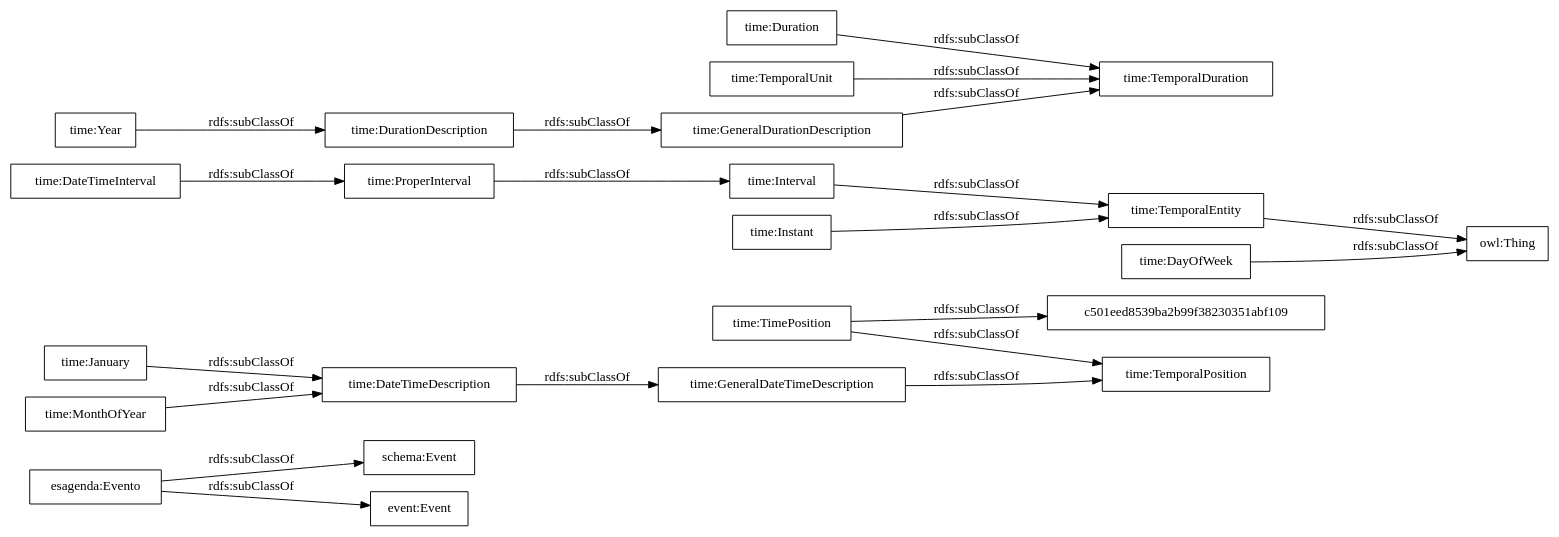
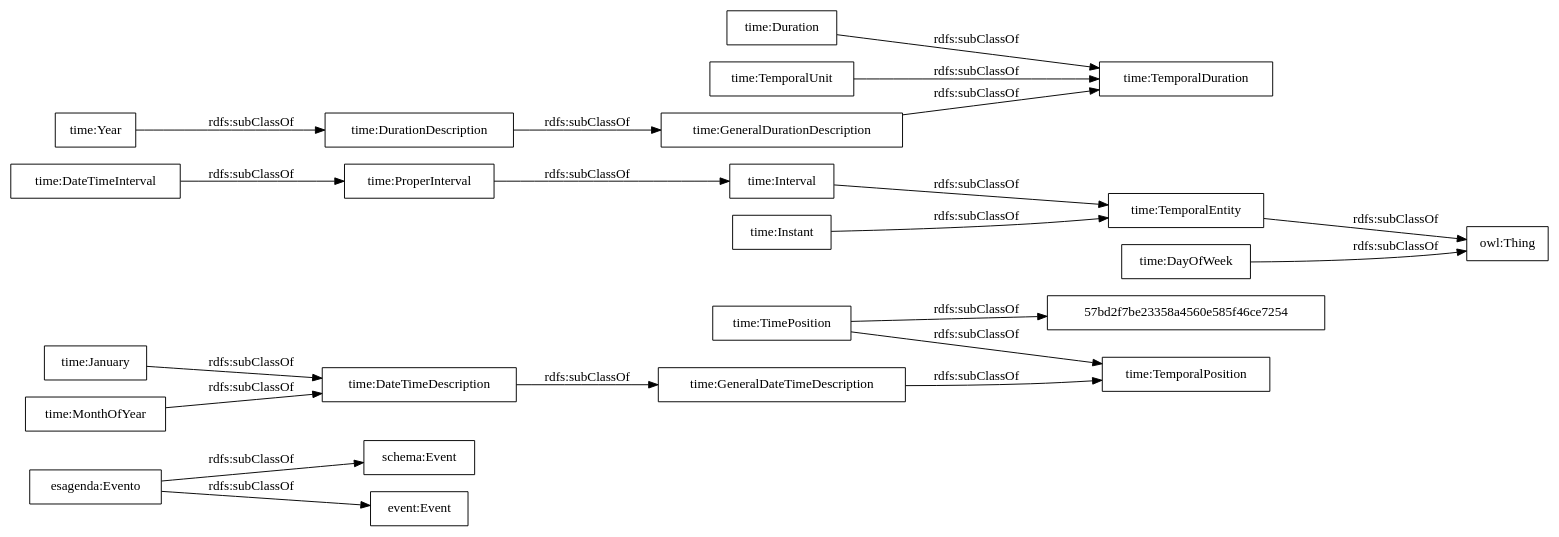
The diagram in OnToology/cultura-ocio-agenda-eventos-actividades/agenda.owl/diagrams/ar2dtool-taxonomy/agenda.owl.png.dot (ma-garcia/visualization), drawn with Graphviz before and after one commit. The commit also changed 55 other files, not shown here.

```diff
--- a/OnToology/cultura-ocio-agenda-eventos-actividades/agenda.owl/diagrams/ar2dtool-taxonomy/agenda.owl.png.dot
+++ b/OnToology/cultura-ocio-agenda-eventos-actividades/agenda.owl/diagrams/ar2dtool-taxonomy/agenda.owl.png.dot
@@ -1,25 +1,25 @@
 digraph ar2dtool_diagram { 
 rankdir=LR;
 size="1000"
-node [shape = rectangle, color="black"]; "esagenda:Evento" "schema:Event" "event:Event" "time:GeneralDateTimeDescription" "time:DateTimeInterval" "time:DurationDescription" "time:TemporalDuration" "time:Duration" "time:GeneralDurationDescription" "time:January" "time:ProperInterval" "time:TimePosition" "time:TemporalPosition" "time:Interval" "time:TemporalEntity" "time:Year" "time:MonthOfYear" "time:DateTimeDescription" "c501eed8539ba2b99f38230351abf109" "time:TemporalUnit" "time:Instant" "time:DayOfWeek" ; /*classes style*/
+node [shape = rectangle, color="black"]; "esagenda:Evento" "schema:Event" "event:Event" "time:GeneralDateTimeDescription" "time:DateTimeInterval" "time:DurationDescription" "time:TemporalDuration" "time:Duration" "time:GeneralDurationDescription" "time:January" "time:ProperInterval" "time:TimePosition" "57bd2f7be23358a4560e585f46ce7254" "time:TemporalPosition" "time:Interval" "time:TemporalEntity" "time:Year" "time:MonthOfYear" "time:DateTimeDescription" "time:TemporalUnit" "time:Instant" "time:DayOfWeek" ; /*classes style*/
 	"time:TemporalEntity" -> "owl:Thing" [ label = "rdfs:subClassOf" ];
 	"time:DateTimeInterval" -> "time:ProperInterval" [ label = "rdfs:subClassOf" ];
 	"time:DayOfWeek" -> "owl:Thing" [ label = "rdfs:subClassOf" ];
 	"time:TemporalUnit" -> "time:TemporalDuration" [ label = "rdfs:subClassOf" ];
 	"time:Year" -> "time:DurationDescription" [ label = "rdfs:subClassOf" ];
 	"time:Interval" -> "time:TemporalEntity" [ label = "rdfs:subClassOf" ];
 	"time:MonthOfYear" -> "time:DateTimeDescription" [ label = "rdfs:subClassOf" ];
 	"time:GeneralDurationDescription" -> "time:TemporalDuration" [ label = "rdfs:subClassOf" ];
 	"time:GeneralDateTimeDescription" -> "time:TemporalPosition" [ label = "rdfs:subClassOf" ];
 	"time:DateTimeDescription" -> "time:GeneralDateTimeDescription" [ label = "rdfs:subClassOf" ];
 	"time:DurationDescription" -> "time:GeneralDurationDescription" [ label = "rdfs:subClassOf" ];
-	"time:TimePosition" -> "c501eed8539ba2b99f38230351abf109" [ label = "rdfs:subClassOf" ];
+	"time:TimePosition" -> "57bd2f7be23358a4560e585f46ce7254" [ label = "rdfs:subClassOf" ];
 	"time:TimePosition" -> "time:TemporalPosition" [ label = "rdfs:subClassOf" ];
 	"time:January" -> "time:DateTimeDescription" [ label = "rdfs:subClassOf" ];
 	"time:ProperInterval" -> "time:Interval" [ label = "rdfs:subClassOf" ];
 	"time:Instant" -> "time:TemporalEntity" [ label = "rdfs:subClassOf" ];
 	"esagenda:Evento" -> "schema:Event" [ label = "rdfs:subClassOf" ];
 	"esagenda:Evento" -> "event:Event" [ label = "rdfs:subClassOf" ];
 	"time:Duration" -> "time:TemporalDuration" [ label = "rdfs:subClassOf" ];
 
 }
```
